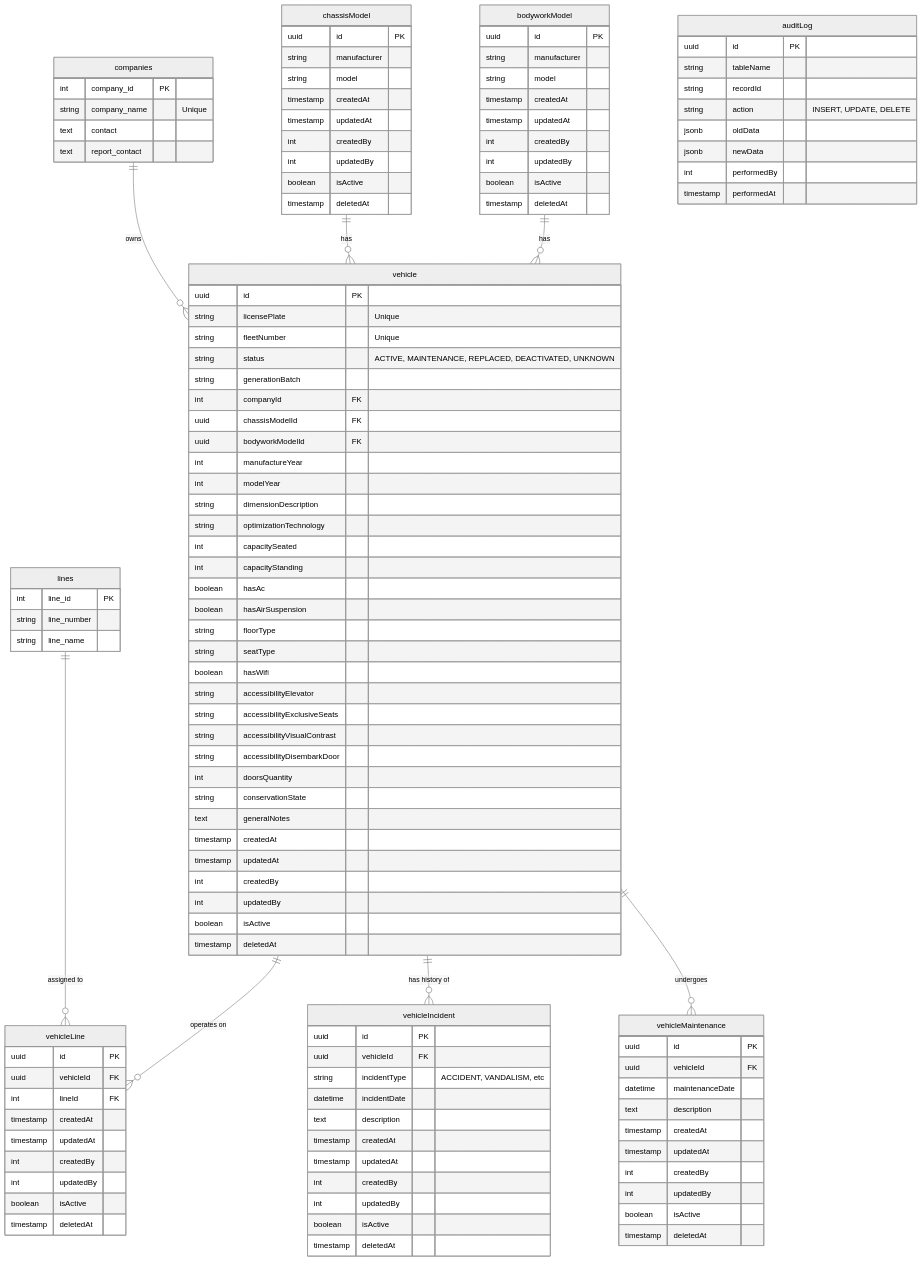
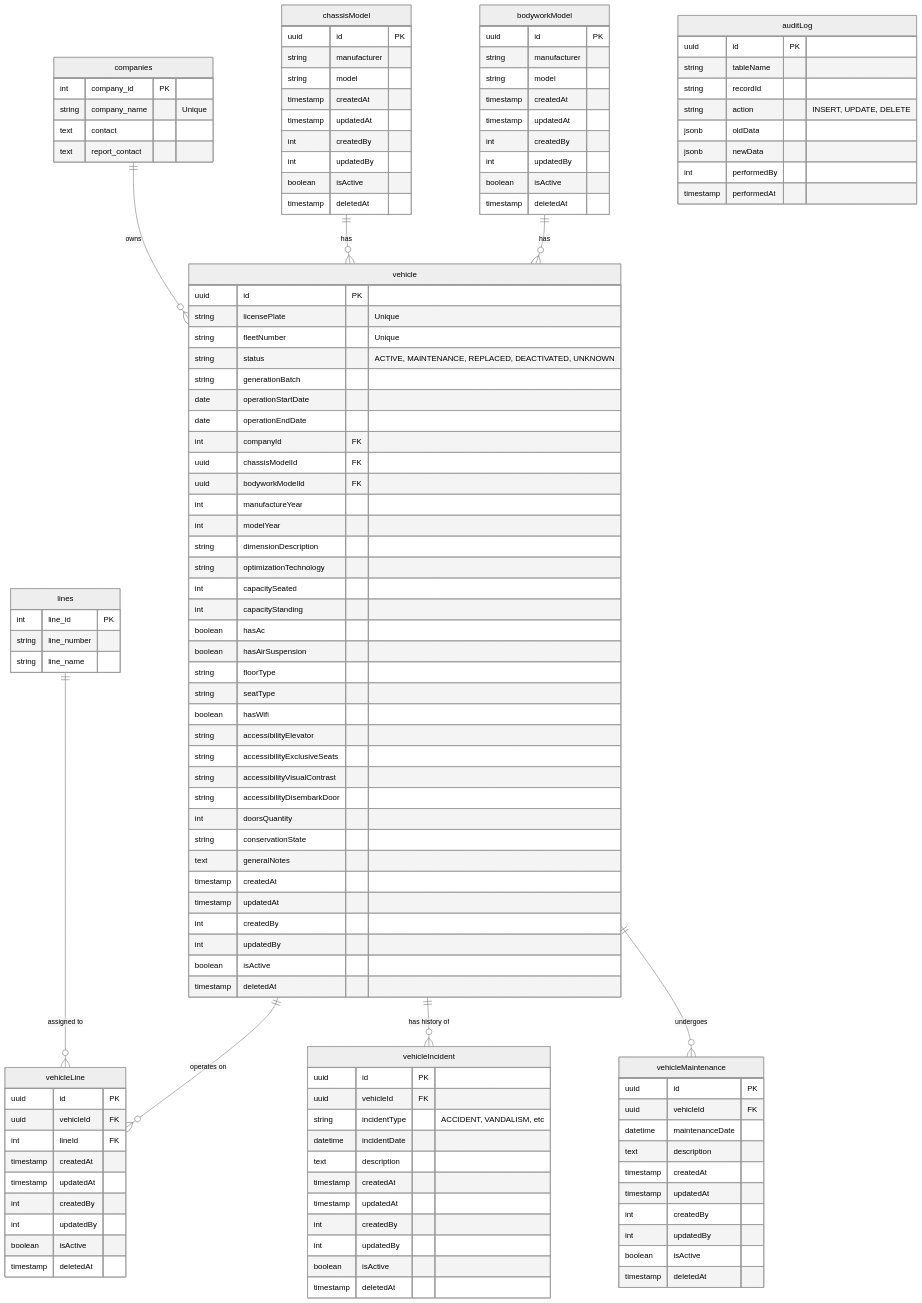
Before and after one commit to gabriersdev/mobilidade: the diagram in docs/planning/bus-repo/DATABASE-DIAGRAM.md, drawn with Mermaid (neutral theme). The commit also changed 2 other files, not shown here.

Commit message:
feat: update scripts

```diff
--- a/docs/planning/bus-repo/DATABASE-DIAGRAM.md
+++ b/docs/planning/bus-repo/DATABASE-DIAGRAM.md
@@ -57,6 +57,8 @@
         string fleetNumber "Unique"
         string status "ACTIVE, MAINTENANCE, REPLACED, DEACTIVATED, UNKNOWN"
         string generationBatch
+        date operationStartDate
+        date operationEndDate
         int companyId FK
         uuid chassisModelId FK
         uuid bodyworkModelId FK
```
